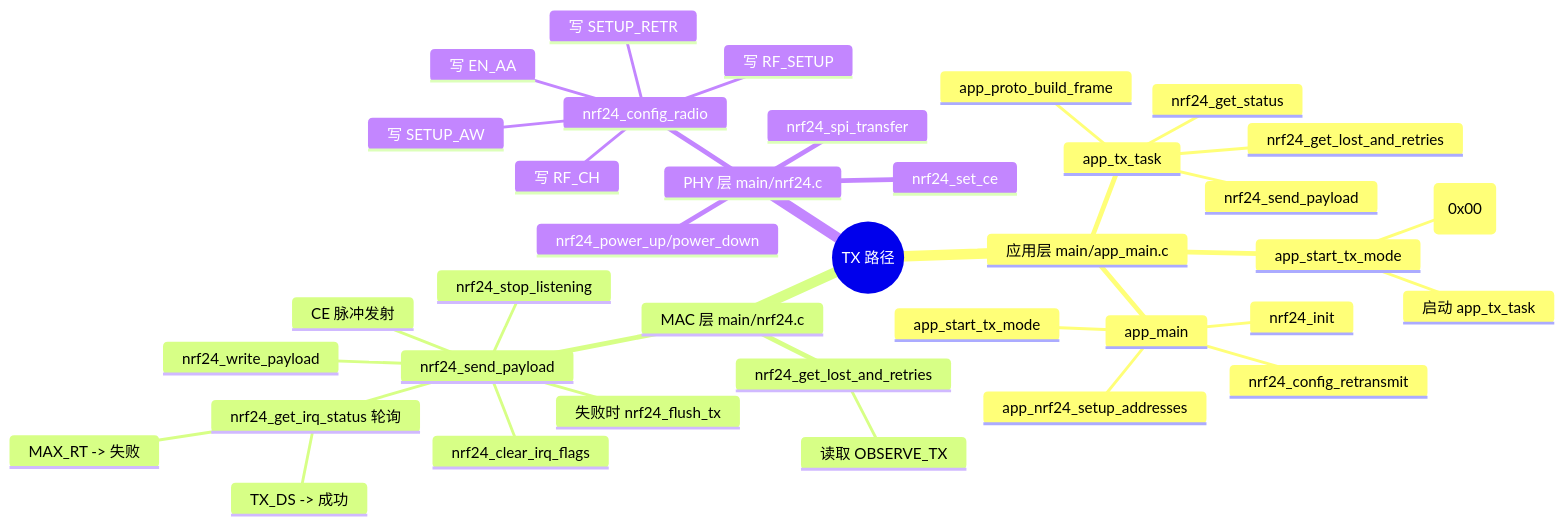
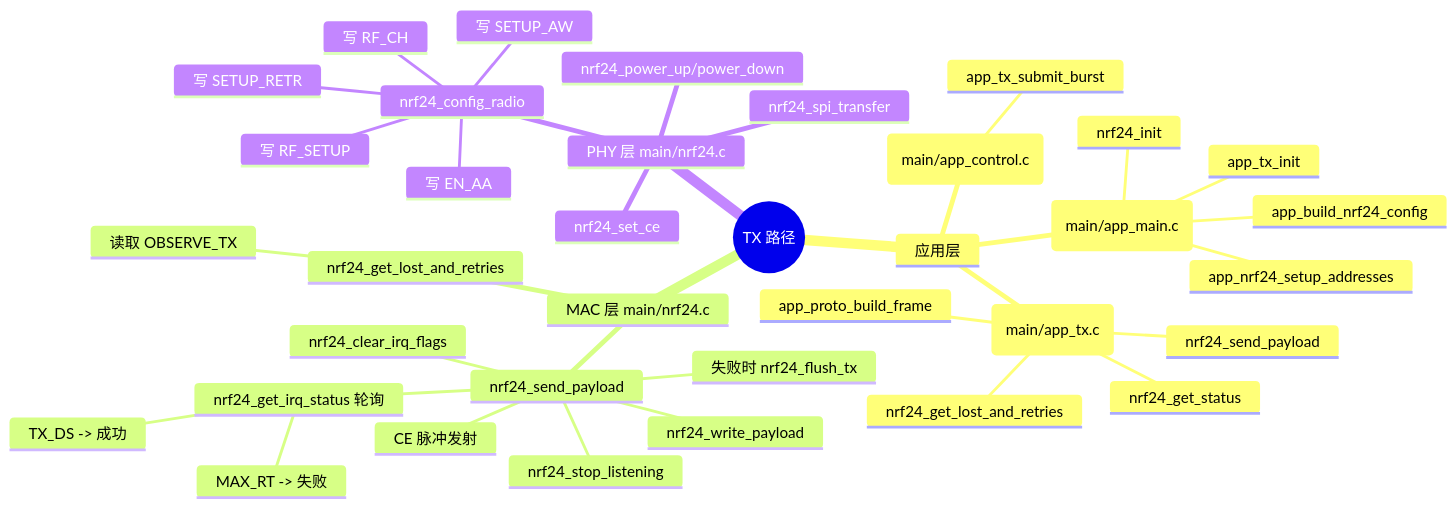
The first of 2 diagrams in docs/nrf24_tx_rx_phy_mac_mindmap.md (Aworrier/NRF24_1), drawn with Mermaid before and after one commit. The commit also changed other lines of this file and 228 other files, not shown here.

````diff
--- a/docs/nrf24_tx_rx_phy_mac_mindmap.md
+++ b/docs/nrf24_tx_rx_phy_mac_mindmap.md
@@ -29,40 +26,39 @@
 ```mermaid
 mindmap
   root((TX 路径))
-    应用层 main/app_main.c
-      app_main
+    应用层
+      app_main (main/app_main.c)
+        app_build_nrf24_config
         nrf24_init
         app_nrf24_setup_addresses
-        nrf24_config_retransmit
-        app_start_tx_mode
-      app_start_tx_mode
-        可选 nrf24_set_auto_ack_mask(0x00)
-        启动 app_tx_task
-      app_tx_task
+        app_tx_init
+      app_control_handle_line (main/app_control.c)
+        app_tx_submit_burst
+      app_tx_task (main/app_tx.c)
         app_proto_build_frame
         nrf24_send_payload
         nrf24_get_lost_and_retries
         nrf24_get_status
     MAC 层 main/nrf24.c
       nrf24_send_payload
         nrf24_stop_listening
         nrf24_clear_irq_flags
         nrf24_write_payload
         CE 脉冲发射
         nrf24_get_irq_status 轮询
           TX_DS -> 成功
           MAX_RT -> 失败
         失败时 nrf24_flush_tx
       nrf24_get_lost_and_retries
         读取 OBSERVE_TX
     PHY 层 main/nrf24.c
       nrf24_config_radio
         写 RF_CH
         写 RF_SETUP
         写 SETUP_AW
         写 SETUP_RETR
         写 EN_AA
       nrf24_power_up/power_down
       nrf24_set_ce
       nrf24_spi_transfer
 ```
````
